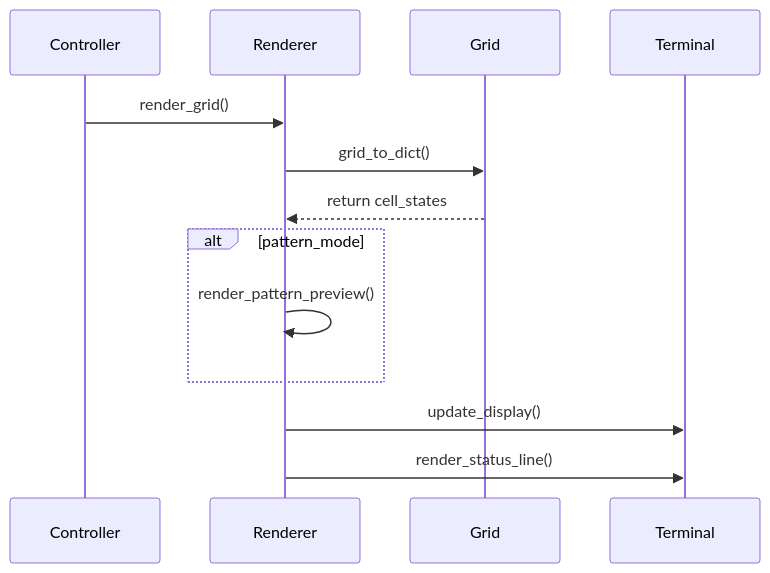
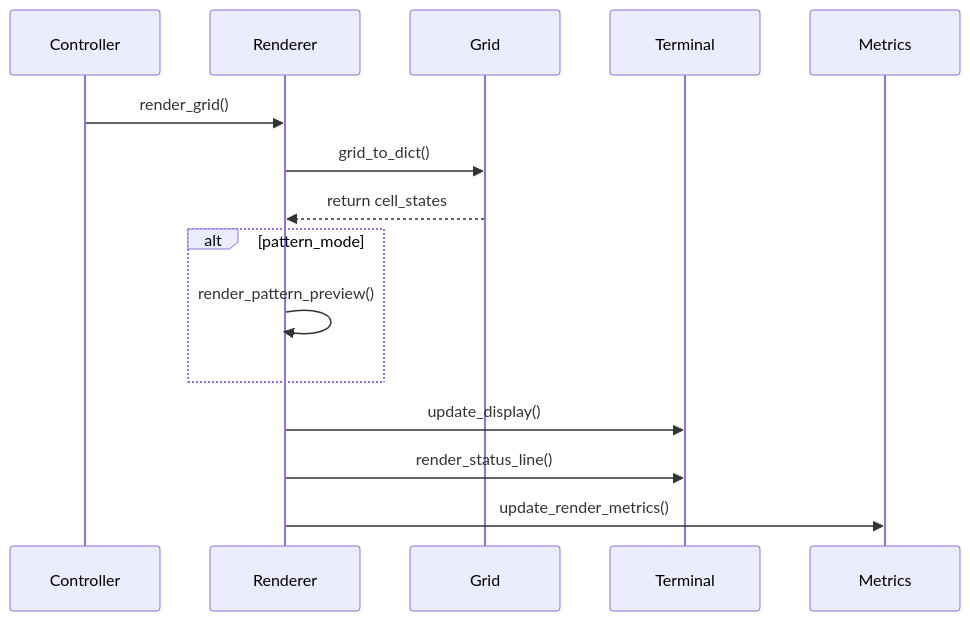
Before and after one commit to dewe/py-gol: the fourth of 6 diagrams in docs/diagrams.md, drawn with Mermaid. The commit also changed other lines of this file and 4 other files, not shown here.

First line of the commit message:
docs(core): update documentation to reflect current architecture

````diff
--- a/docs/diagrams.md
+++ b/docs/diagrams.md
@@ -68,16 +79,18 @@
 ```mermaid
 sequenceDiagram
     participant Controller
     participant Renderer
     participant Grid
     participant Terminal
+    participant Metrics
     
     Controller->>Renderer: render_grid()
     Renderer->>Grid: grid_to_dict()
     Grid-->>Renderer: return cell_states
     alt pattern_mode
         Renderer->>Renderer: render_pattern_preview()
     end
     Renderer->>Terminal: update_display()
     Renderer->>Terminal: render_status_line()
+    Renderer->>Metrics: update_render_metrics()
 ```
````
